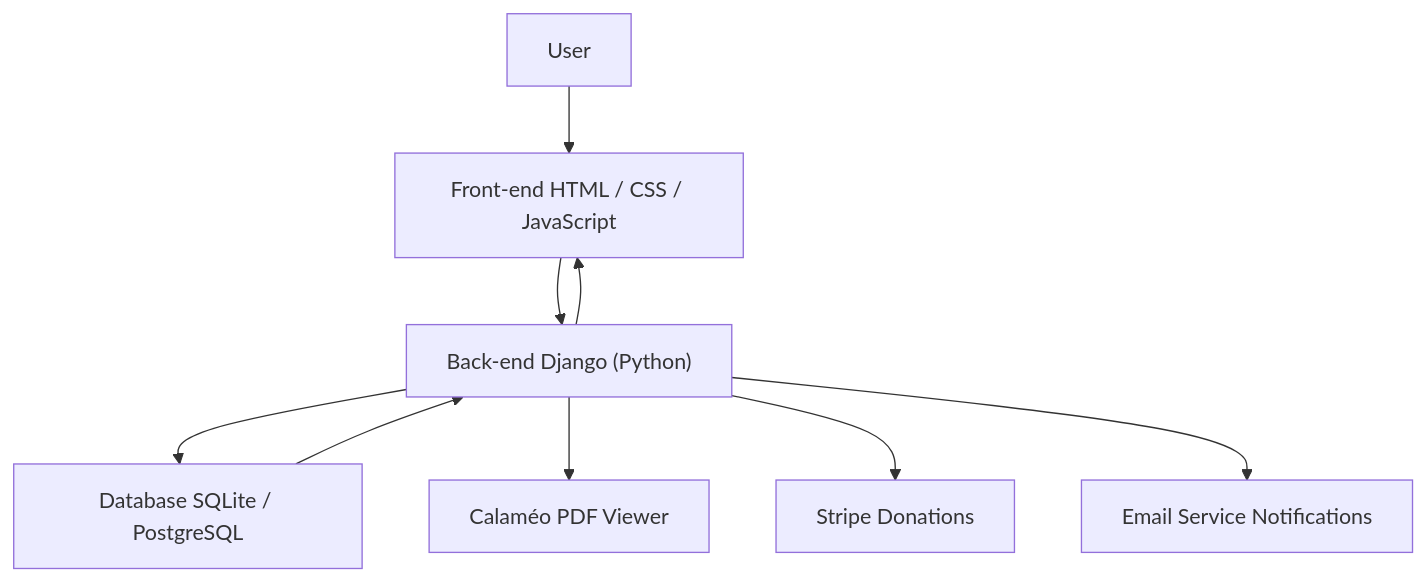
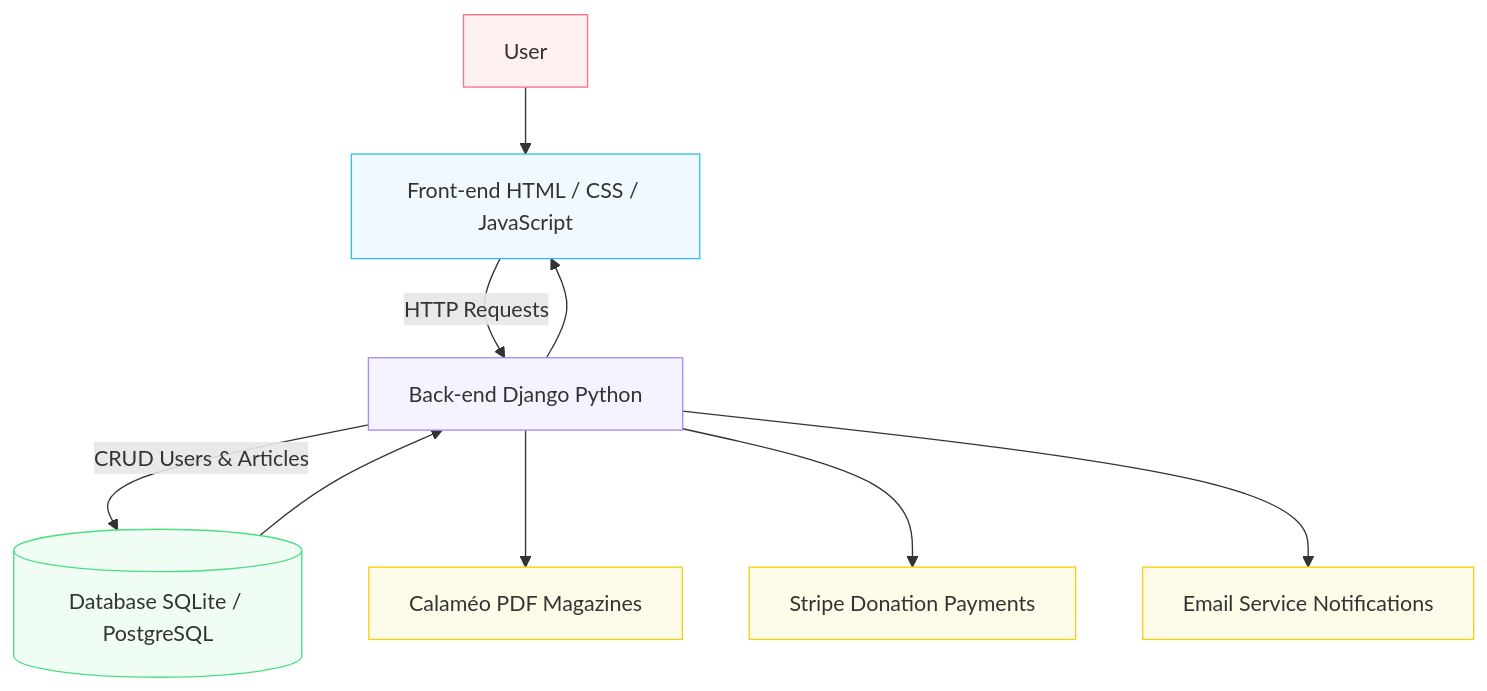
The second of 2 diagrams in README.md (Gigi-Corlay/portfolioLionessMagazine), drawn with Mermaid before and after one commit.

Commit message:
Update flowchart in README.md with new syntax

````diff
--- a/README.md
+++ b/README.md
@@ -39,24 +39,34 @@
 ```mermaid
 flowchart TD
 
 U[User]
-
-FE["Front-end HTML / CSS / JavaScript"]
-BE["Back-end Django (Python)"]
-DB["Database SQLite / PostgreSQL"]
-
-CAL["Calaméo PDF Viewer"]
-STRIPE["Stripe Donations"]
-EMAIL["Email Service Notifications"]
+FE[Front-end HTML / CSS / JavaScript]
+BE[Back-end Django Python]
+DB[(Database SQLite / PostgreSQL)]
+CAL[Calaméo PDF Magazines]
+STRIPE[Stripe Donation Payments]
+EMAIL[Email Service Notifications]
 
 U --> FE
-FE --> BE
-
-BE --> DB
+FE -->|HTTP Requests| BE
+BE -->|CRUD Users & Articles| DB
 DB --> BE
 BE --> FE
-
 BE --> CAL
 BE --> STRIPE
 BE --> EMAIL
+
+classDef userNode stroke:#fb7185,fill:#fff1f2
+classDef frontendNode stroke:#38bdf8,fill:#f0f9ff
+classDef backendNode stroke:#a78bfa,fill:#f5f3ff
+classDef databaseNode stroke:#4ade80,fill:#f0fdf4
+classDef externalNode stroke:#facc15,fill:#fefce8
+
+class U userNode
+class FE frontendNode
+class BE backendNode
+class DB databaseNode
+class CAL externalNode
+class STRIPE externalNode
+class EMAIL externalNode
 ```
````
